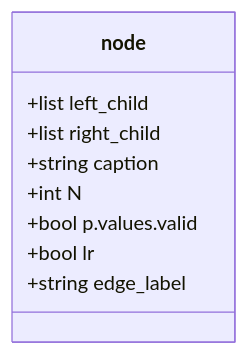
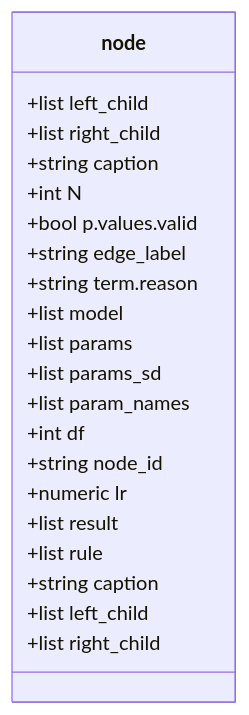
One commit to emstruong/semtree changed the third of 4 diagrams in dev/UnderstandingSEMTrees.qmd. Above: the diagram before and after it, drawn with Mermaid. The commit also changed other lines of this file and 2 other files, not shown here.

Commit message:
Diagrammed growTree

````diff
--- a/dev/UnderstandingSEMTrees.qmd
+++ b/dev/UnderstandingSEMTrees.qmd
@@ -57,12 +124,26 @@
 ```{mermaid}
 classDiagram
 class node{
     +list left_child
     +list right_child
     +string caption
-    +int N
+    +int N}
+
+class node{
     +bool p.values.valid
-    +bool lr
     +string edge_label
+    +string term.reason
+    +list model
+    +list params 
+    +list params_sd 
+    +list param_names 
+    +int df
+    +string node_id
+    +numeric lr
+    +list result
+    +list rule
+    +string caption
+    +list left_child
+    +list right_child
 }
 ```
````
